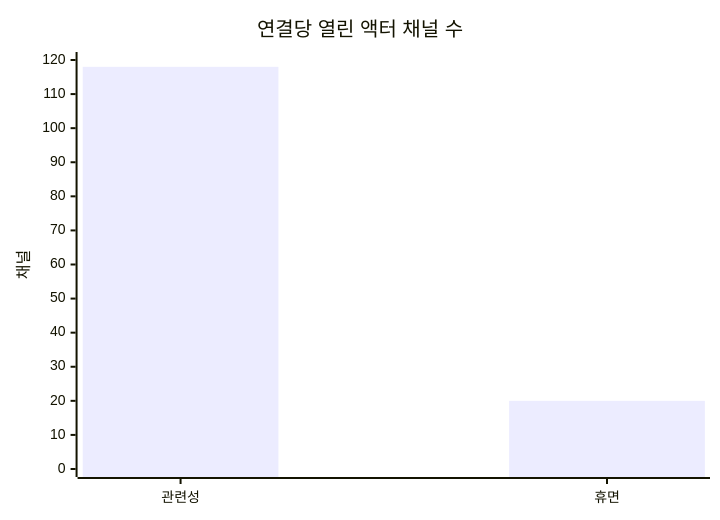
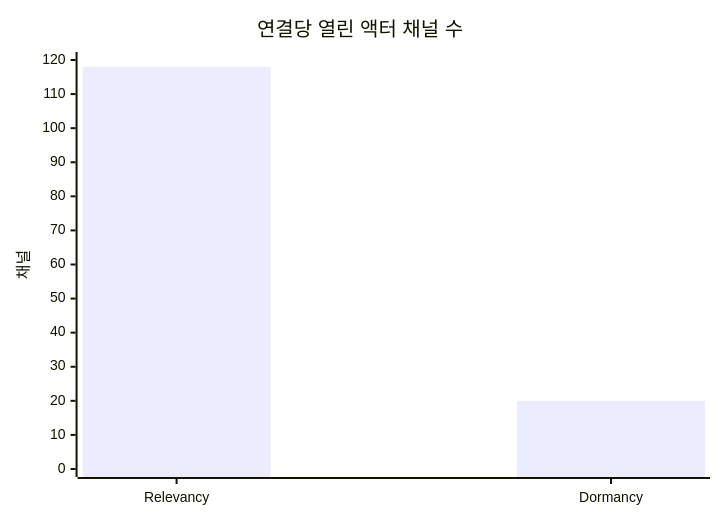
Before and after one commit to hon454/ue-dedicated-server-optimization-lab: the third of 3 diagrams in Posts/03-dormancy/README.md, drawn with Mermaid. The commit also changed other lines of this file and 5 other files, not shown here.

````diff
--- a/Posts/03-dormancy/README.md
+++ b/Posts/03-dormancy/README.md
@@ -149,7 +149,7 @@
 ```mermaid
 xychart-beta
     title "연결당 열린 액터 채널 수"
-    x-axis ["관련성", "휴면"]
+    x-axis ["Relevancy", "Dormancy"]
     y-axis "채널" 0 --> 120
     bar [118, 20]
 ```
````
